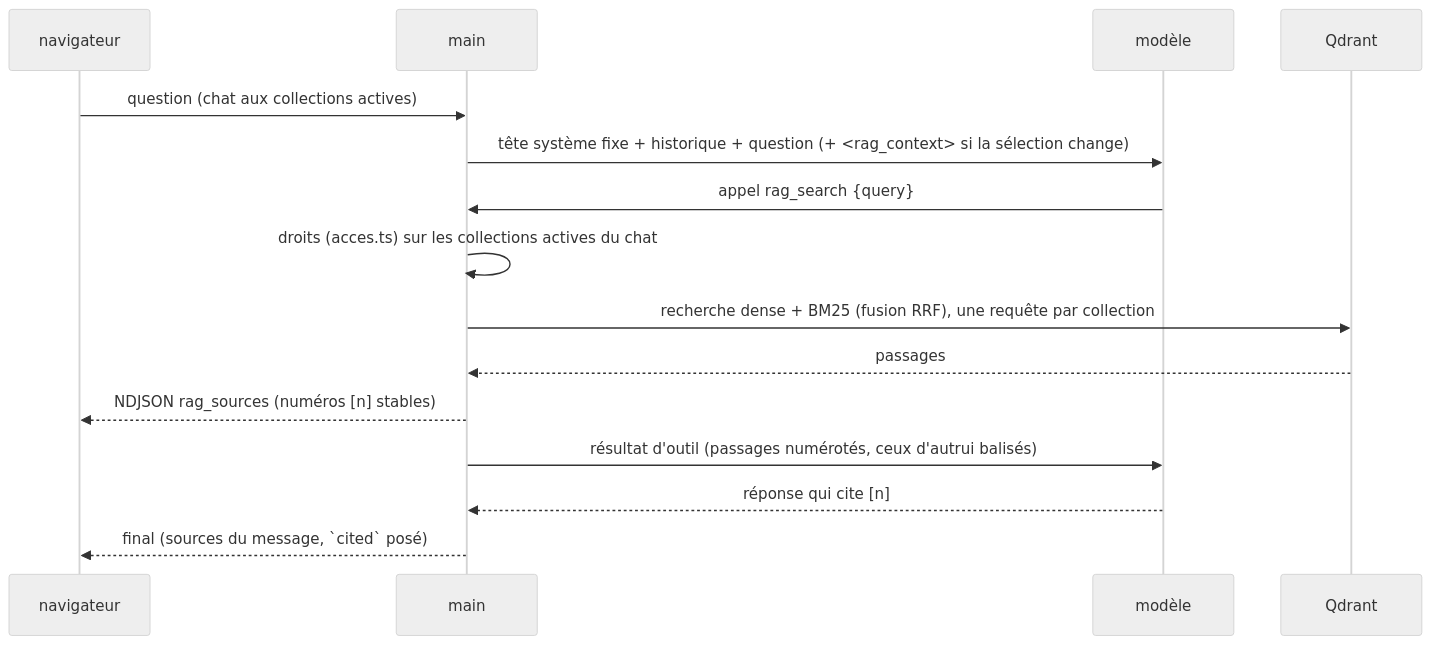
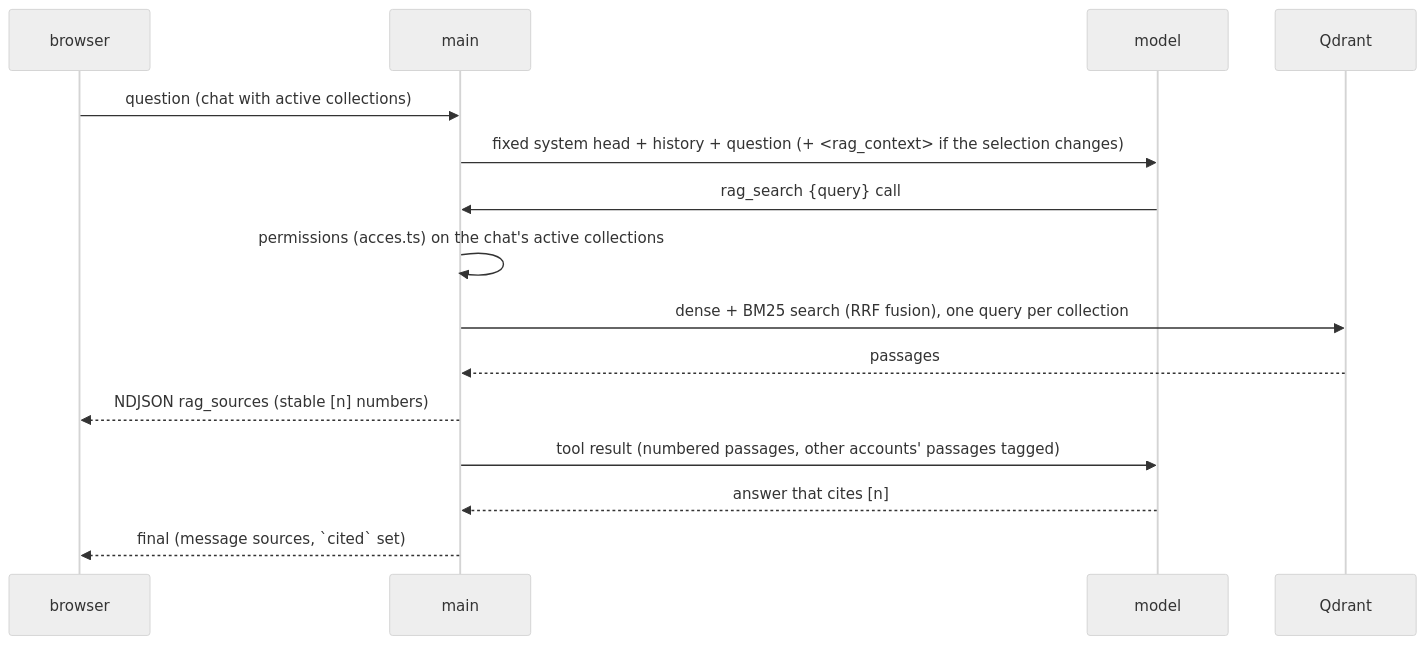
One commit to toto-fou/Elpis changed diagram 13 of 16 in docs/architecture.md. Above: the diagram before and after it, drawn with Mermaid (neutral theme). The commit also changed other lines of this file and 43 other files, not shown here.

````diff
--- a/docs/architecture.md
+++ b/docs/architecture.md
@@ -1572,17 +1574,17 @@
 ```mermaid
 sequenceDiagram
-    participant U as navigateur
+    participant U as browser
     participant A as main
-    participant M as modèle
+    participant M as model
     participant Q as Qdrant
-    U->>A: question (chat aux collections actives)
-    A->>M: tête système fixe + historique + question (+ <rag_context> si la sélection change)
-    M->>A: appel rag_search {query}
-    A->>A: droits (acces.ts) sur les collections actives du chat
-    A->>Q: recherche dense + BM25 (fusion RRF), une requête par collection
+    U->>A: question (chat with active collections)
+    A->>M: fixed system head + history + question (+ <rag_context> if the selection changes)
+    M->>A: rag_search {query} call
+    A->>A: permissions (acces.ts) on the chat's active collections
+    A->>Q: dense + BM25 search (RRF fusion), one query per collection
     Q-->>A: passages
-    A-->>U: NDJSON rag_sources (numéros [n] stables)
-    A->>M: résultat d'outil (passages numérotés, ceux d'autrui balisés)
-    M-->>A: réponse qui cite [n]
-    A-->>U: final (sources du message, `cited` posé)
+    A-->>U: NDJSON rag_sources (stable [n] numbers)
+    A->>M: tool result (numbered passages, other accounts' passages tagged)
+    M-->>A: answer that cites [n]
+    A-->>U: final (message sources, `cited` set)
 ```
````
